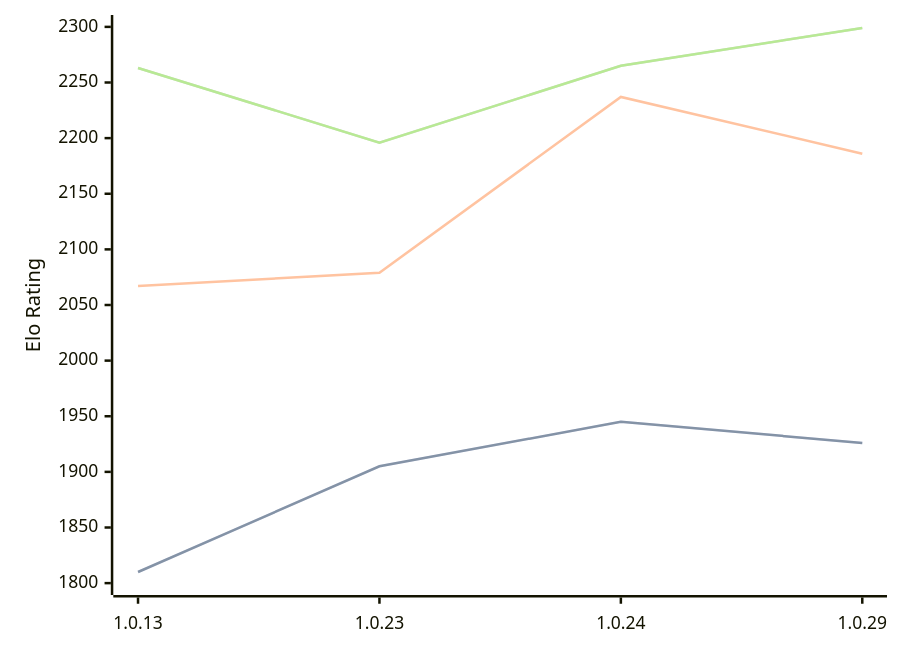
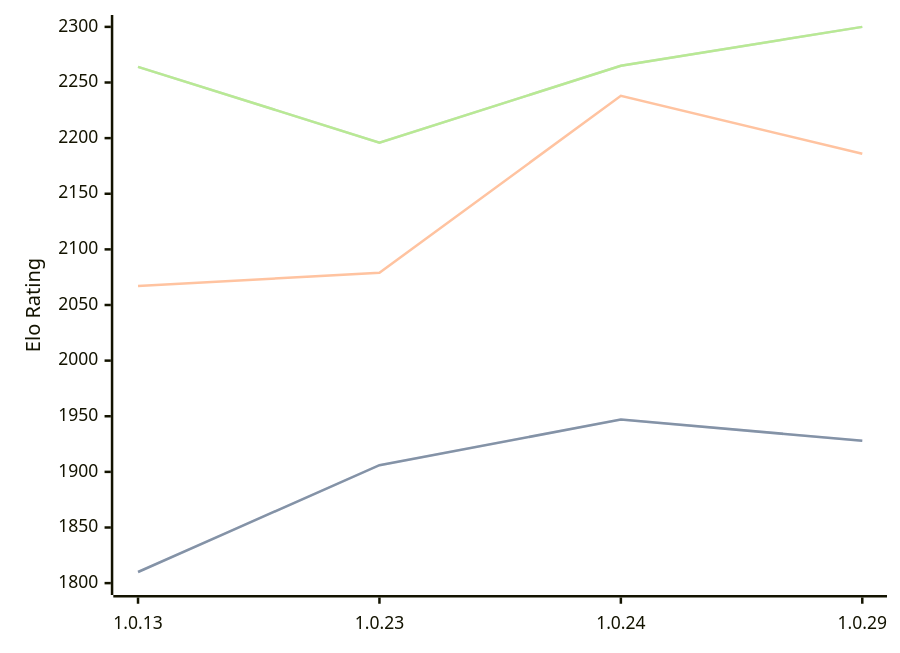
The diagram in engines/RustyRival.md (computer-chess-index/cci), drawn with Mermaid before and after one commit. The commit also changed other lines of this file, not shown here.

Commit message:
Update CCI Ratings (ELO VLTC) - 2026-03-27

````diff
--- a/engines/RustyRival.md
+++ b/engines/RustyRival.md
@@ -62,11 +62,11 @@
 ```mermaid
 %%{init: {"theme":"base","themeVariables":{"seriesColors:['#a3a3a3','#222221','#faa371']}}}%%
 xychart-beta
   x-axis ["1.0.13", "1.0.23", "1.0.24", "1.0.29"]
   y-axis "Elo Rating" 1800 --> 2300
-  line "STC (8.0+0.08s)" [1810, 1905, 1945, 1926]
-  line "STC (8.0+0.08s)" [1810, 1905, 1945, 1926]
-  line "LTC (60.0+0.60s)" [2067, 2079, 2237, 2186]
-  line "VLTC (2m24s+1.12s)" [2263, 2196, 2265, 2299]
-  line "VLTC (2m24s+1.12s)" [2263, 2196, 2265, 2299]
+  line "STC (8.0+0.08s)" [1810, 1906, 1947, 1928]
+  line "STC (8.0+0.08s)" [1810, 1906, 1947, 1928]
+  line "LTC (60.0+0.60s)" [2067, 2079, 2238, 2186]
+  line "VLTC (2m24s+1.12s)" [2264, 2196, 2265, 2300]
+  line "VLTC (2m24s+1.12s)" [2264, 2196, 2265, 2300]
 ```
````
